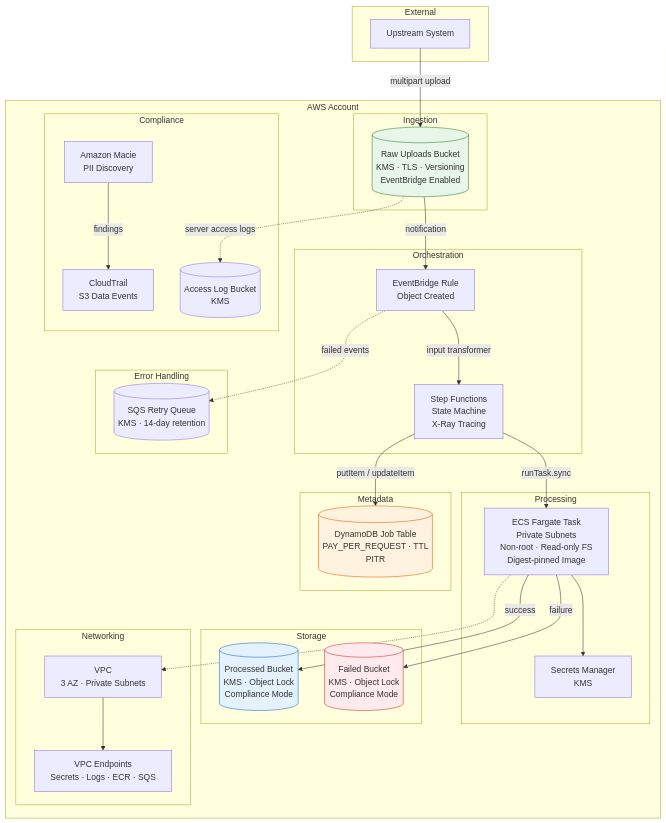
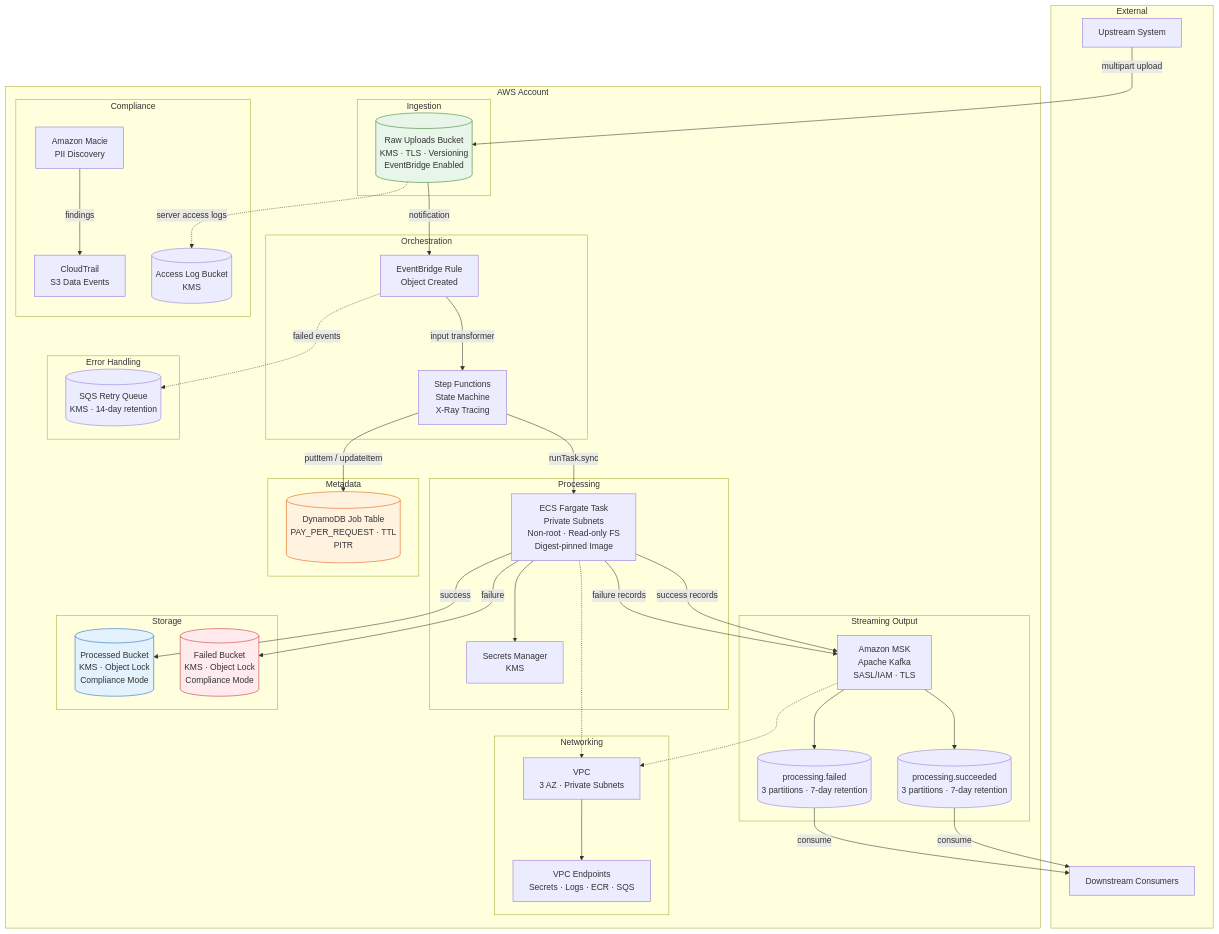
The first of 2 diagrams in README.md (tukue/data-platform-infrastructure-project2), drawn with Mermaid before and after one commit. The commit also changed other lines of this file and 3 other files, not shown here.

First line of the commit message:
Add Amazon MSK as streaming output backbone

````diff
--- a/README.md
+++ b/README.md
@@ -59,64 +60,78 @@
 ```mermaid
 flowchart TB
     subgraph External
         user[Upstream System]
+        consumers[Downstream Consumers]
     end
 
     subgraph "AWS Account"
         subgraph Ingestion
             raw[("Raw Uploads Bucket<br/>KMS · TLS · Versioning<br/>EventBridge Enabled")]
             user -->|multipart upload| raw
         end
 
         subgraph Orchestration
             rule[EventBridge Rule<br/>Object Created]
             sfn[Step Functions<br/>State Machine<br/>X-Ray Tracing]
             raw -->|notification| rule
             rule -->|input transformer| sfn
         end
 
         subgraph Processing
             ecs[ECS Fargate Task<br/>Private Subnets<br/>Non-root · Read-only FS<br/>Digest-pinned Image]
             secrets[Secrets Manager<br/>KMS]
             sfn -->|runTask.sync| ecs
             ecs --> secrets
+        end
+
+        subgraph Streaming Output
+            msk[Amazon MSK<br/>Apache Kafka<br/>SASL/IAM · TLS]
+            successTopic[("processing.succeeded<br/>3 partitions · 7-day retention")]
+            failureTopic[("processing.failed<br/>3 partitions · 7-day retention")]
+            ecs -->|success records| msk
+            ecs -->|failure records| msk
+            msk --> successTopic
+            msk --> failureTopic
+            successTopic -->|consume| consumers
+            failureTopic -->|consume| consumers
         end
 
         subgraph Storage
             processed[("Processed Bucket<br/>KMS · Object Lock<br/>Compliance Mode")]
             failed[("Failed Bucket<br/>KMS · Object Lock<br/>Compliance Mode")]
             ecs -->|success| processed
             ecs -->|failure| failed
         end
 
         subgraph Metadata
             jobs[(DynamoDB Job Table<br/>PAY_PER_REQUEST · TTL<br/>PITR)]
             sfn -->|putItem / updateItem| jobs
         end
 
         subgraph Error Handling
             retry[(SQS Retry Queue<br/>KMS · 14-day retention)]
             rule -.->|failed events| retry
         end
 
         subgraph Compliance
             trail[CloudTrail<br/>S3 Data Events]
             macie[Amazon Macie<br/>PII Discovery]
             accessLogs[("Access Log Bucket<br/>KMS")]
             raw -.->|server access logs| accessLogs
             macie -->|findings| trail
         end
 
         subgraph Networking
             vpc[VPC<br/>3 AZ · Private Subnets]
             endpoints[VPC Endpoints<br/>Secrets · Logs · ECR · SQS]
             vpc --> endpoints
             ecs -.-> vpc
+            msk -.-> vpc
         end
     end
 
     style raw fill:#E8F5E9,stroke:#2E7D32
     style processed fill:#E3F2FD,stroke:#1565C0
     style failed fill:#FFEBEE,stroke:#C62828
     style jobs fill:#FFF3E0,stroke:#E65100
 ```
````
